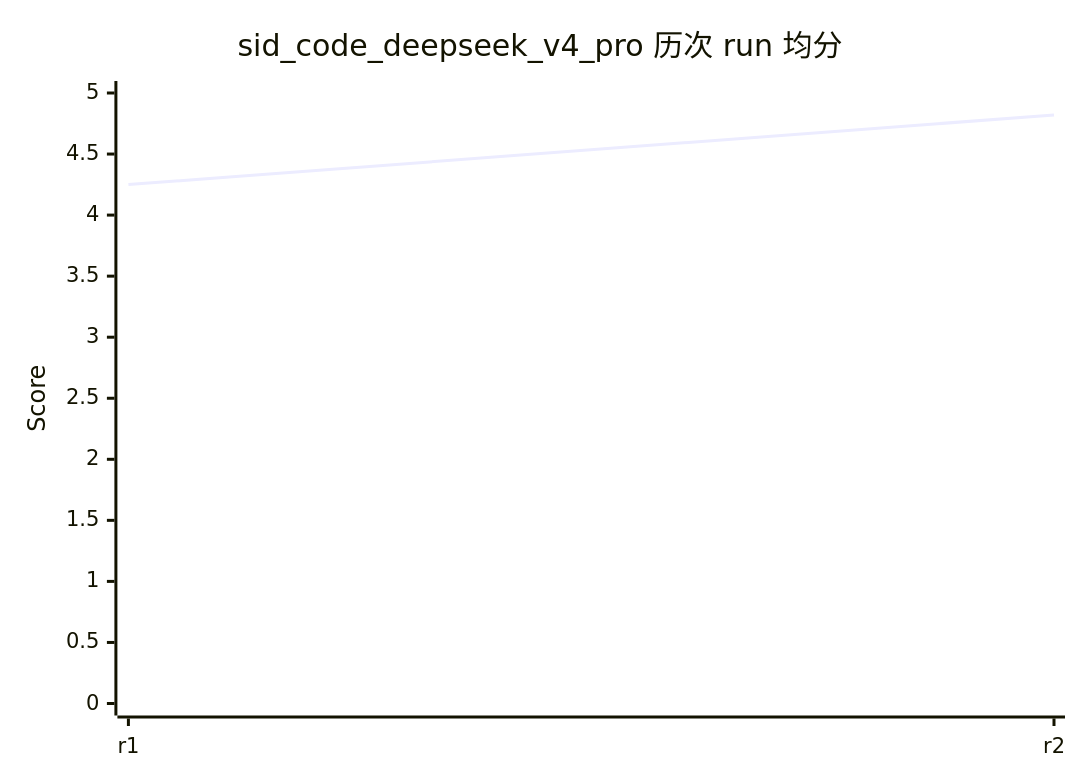
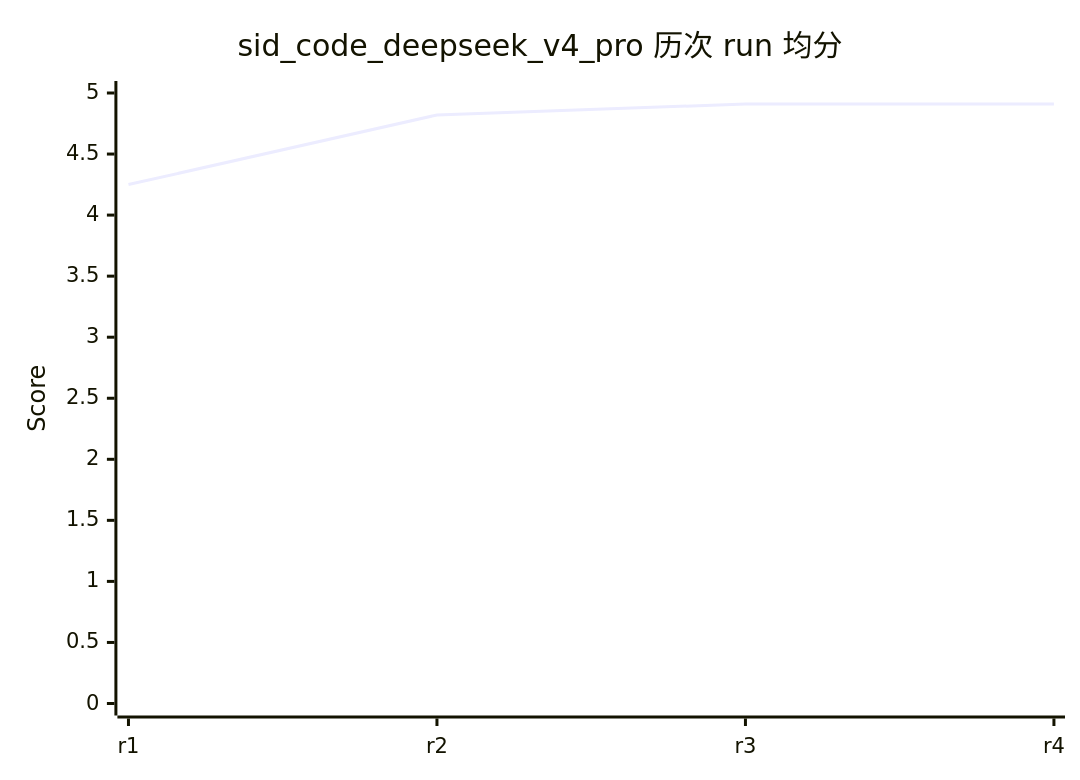
Before and after one commit to rushengzhou/sid-code: the seventh of 13 diagrams in evals/DASHBOARD.md, drawn with Mermaid. The commit also changed other lines of this file and 36 other files, not shown here.

````diff
--- a/evals/DASHBOARD.md
+++ b/evals/DASHBOARD.md
@@ -205,7 +207,7 @@
 ```mermaid
 xychart-beta
     title "sid_code_deepseek_v4_pro 历次 run 均分"
-    x-axis [r1, r2]
+    x-axis [r1, r2, r3, r4]
     y-axis "Score" 0 --> 5
-    line [4.25, 4.82]
+    line [4.25, 4.82, 4.91, 4.91]
 ```
````
